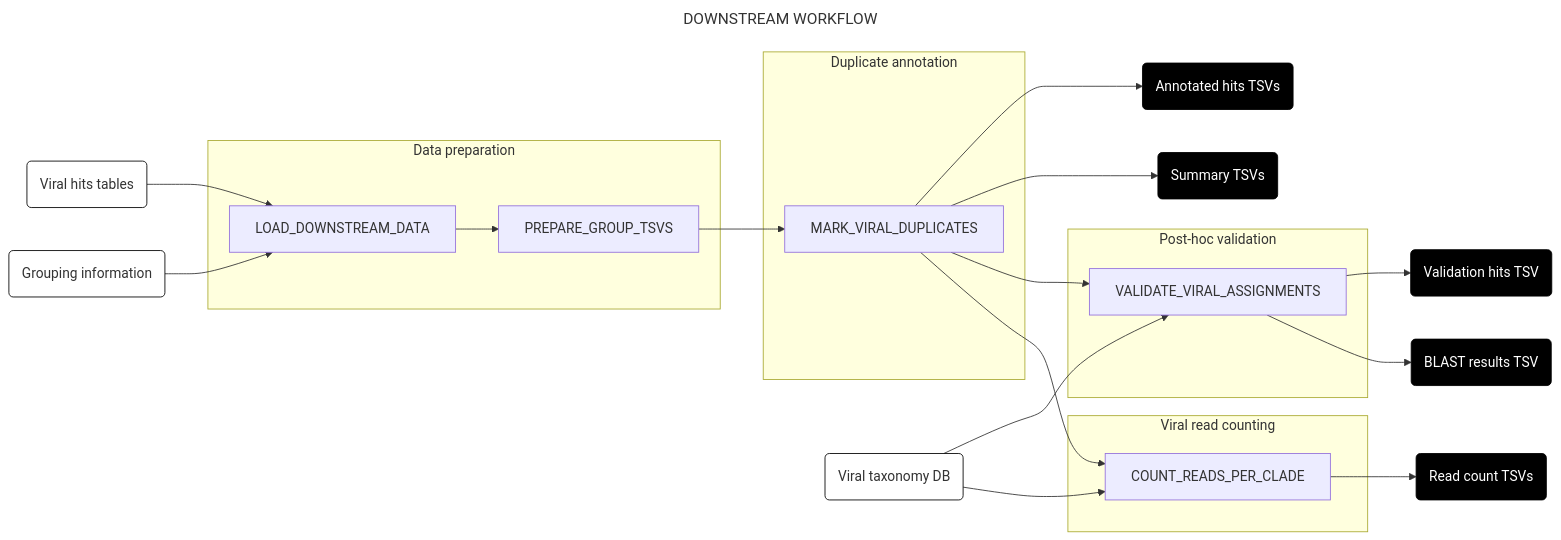
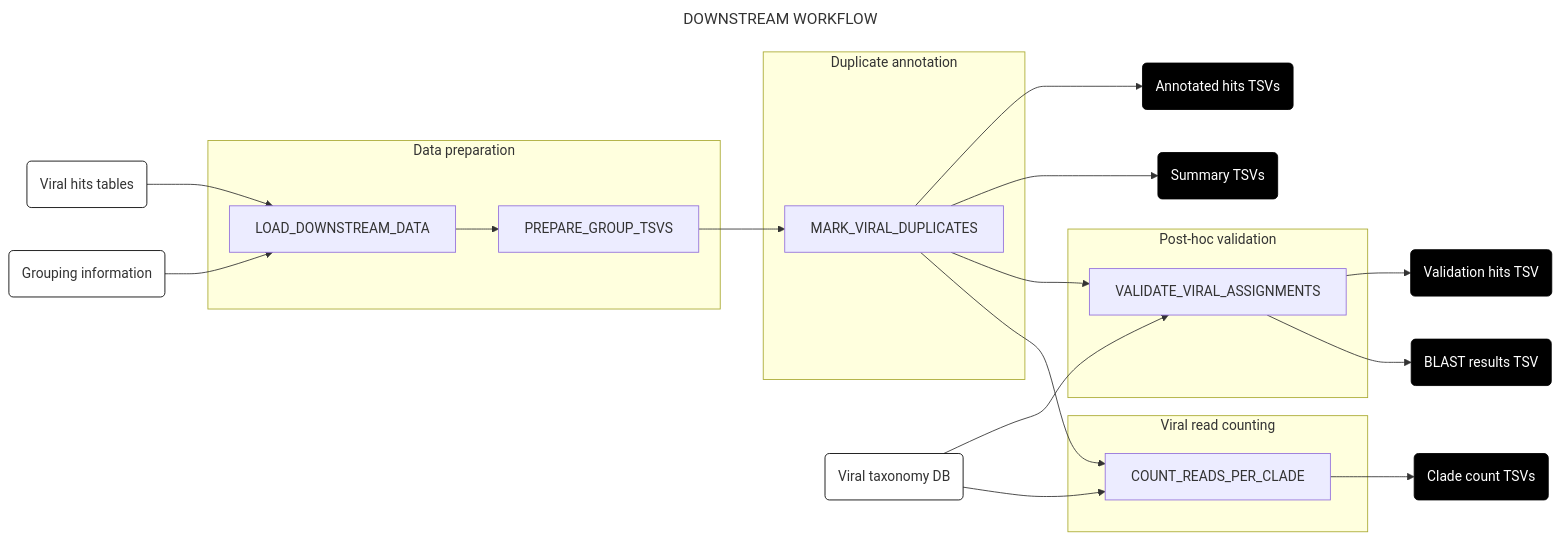
One commit to naobservatory/mgs-workflow changed the first of 11 diagrams in docs/downstream.md. Above: the diagram before and after it, drawn with Mermaid.

Commit message:
Rename clade count tsv in downstream diagram

````diff
--- a/docs/downstream.md
+++ b/docs/downstream.md
@@ -13,41 +13,41 @@
 ```mermaid
 ---
 title: DOWNSTREAM WORKFLOW
 config:
   layout: horizontal
 ---
 flowchart LR
 A(Viral hits tables) & B(Grouping information) --> C[LOAD_DOWNSTREAM_DATA]
 C --> D[PREPARE_GROUP_TSVS]
 D --> E[MARK_VIRAL_DUPLICATES]
 E --> J(Annotated hits TSVs)
 E --> K(Summary TSVs)
 E --> F[VALIDATE_VIRAL_ASSIGNMENTS]
 G(Viral taxonomy DB) --> F
 F --> H(Validation hits TSV)
 F --> I(BLAST results TSV)
 G --> L[COUNT_READS_PER_CLADE]
 E --> L
-L --> M(Read count TSVs)
+L --> M(Clade count TSVs)
 subgraph "Data preparation"
 C
 D
 end
 subgraph "Duplicate annotation"
 E
 end
 subgraph "Post-hoc validation"
 F
 end
 subgraph "Viral read counting"
 L
 end
 style A fill:#fff,stroke:#000
 style B fill:#fff,stroke:#000
 style G fill:#fff,stroke:#000
 style H fill:#000,color:#fff,stroke:#000
 style I fill:#000,color:#fff,stroke:#000
 style J fill:#000,color:#fff,stroke:#000
 style K fill:#000,color:#fff,stroke:#000
 style M fill:#000,color:#fff,stroke:#000
 ```
````
